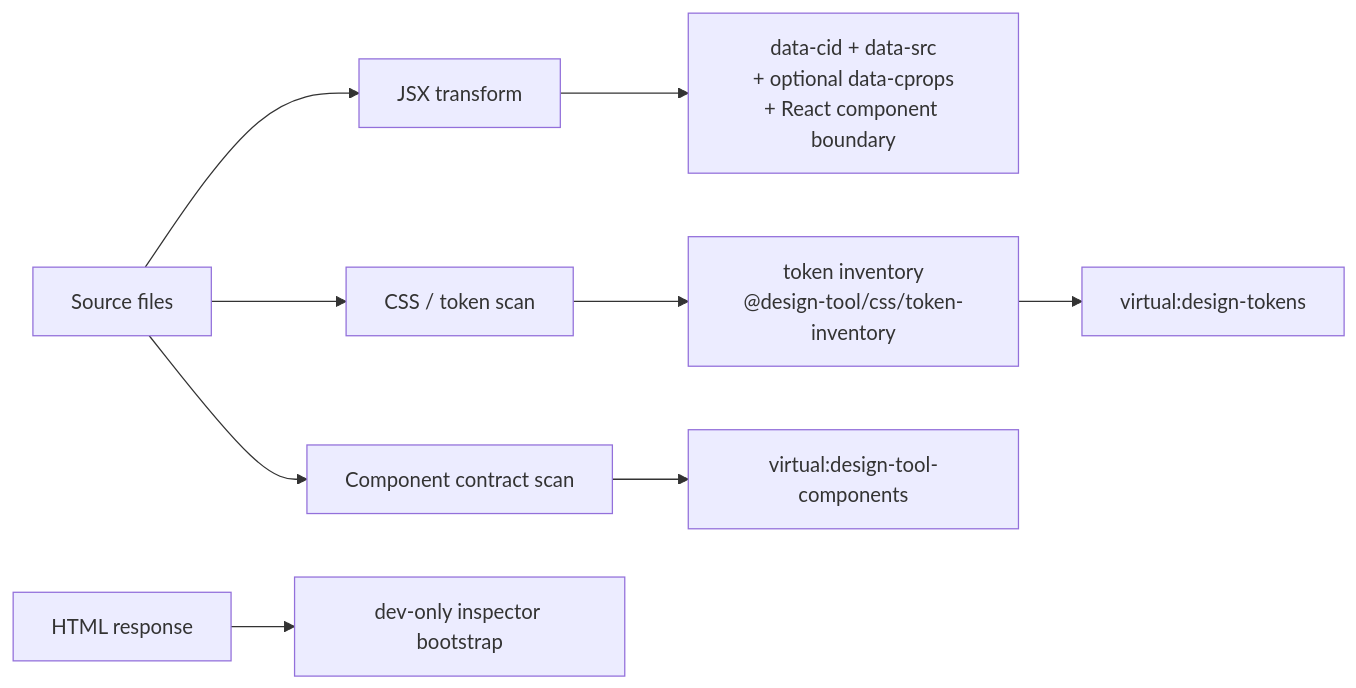
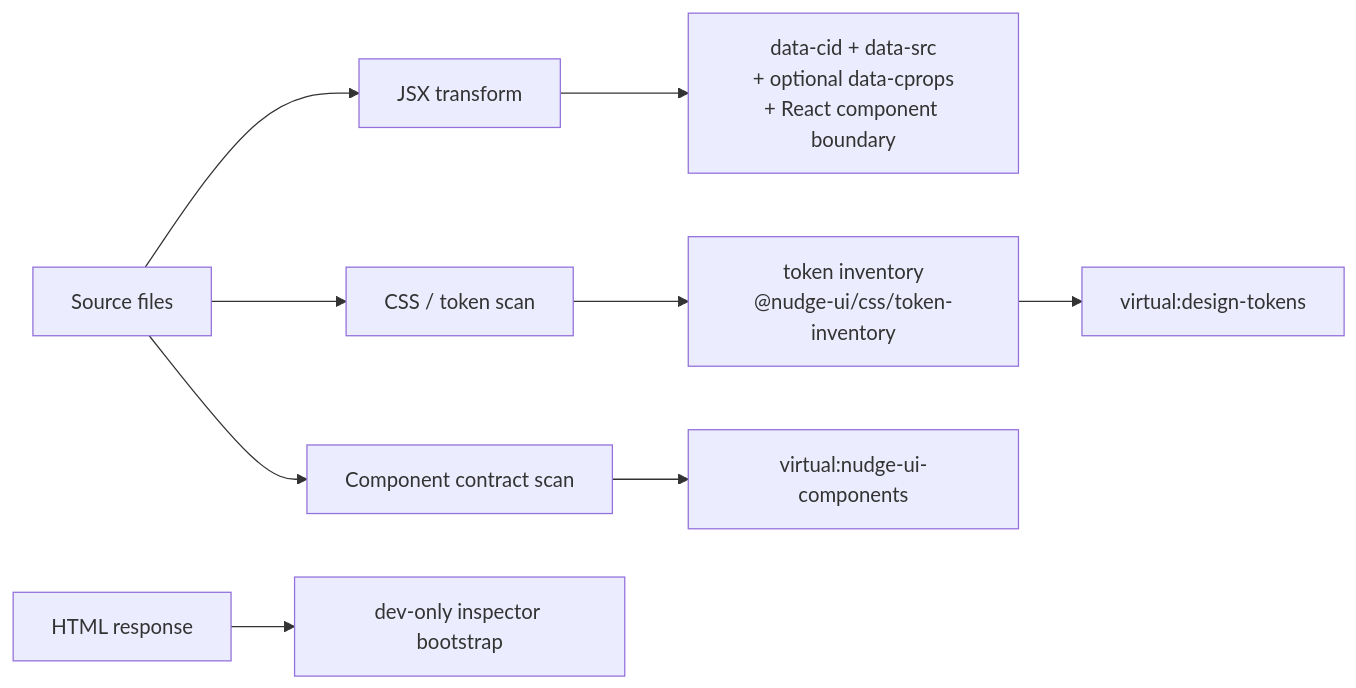
Before and after one commit to charlessmart/nudge-ui: the third of 9 diagrams in docs/architecture/inspector-mental-model.md, drawn with Mermaid. The commit also changed other lines of this file and 341 other files, not shown here.

Commit message:
refactor: rename Design Tool to Nudge UI

````diff
--- a/docs/architecture/inspector-mental-model.md
+++ b/docs/architecture/inspector-mental-model.md
@@ -62,12 +62,12 @@
 ```mermaid
 flowchart LR
   S["Source files"] --> T["JSX transform"]
   S --> P["CSS / token scan"]
   S --> C["Component contract scan"]
 
   T --> I["data-cid + data-src\n+ optional data-cprops\n+ React component boundary"]
-  P --> INV["token inventory\n@design-tool/css/token-inventory"]
+  P --> INV["token inventory\n@nudge-ui/css/token-inventory"]
   INV --> V["virtual:design-tokens"]
-  C --> M["virtual:design-tool-components"]
+  C --> M["virtual:nudge-ui-components"]
   H["HTML response"] --> B["dev-only inspector bootstrap"]
 ```
````
